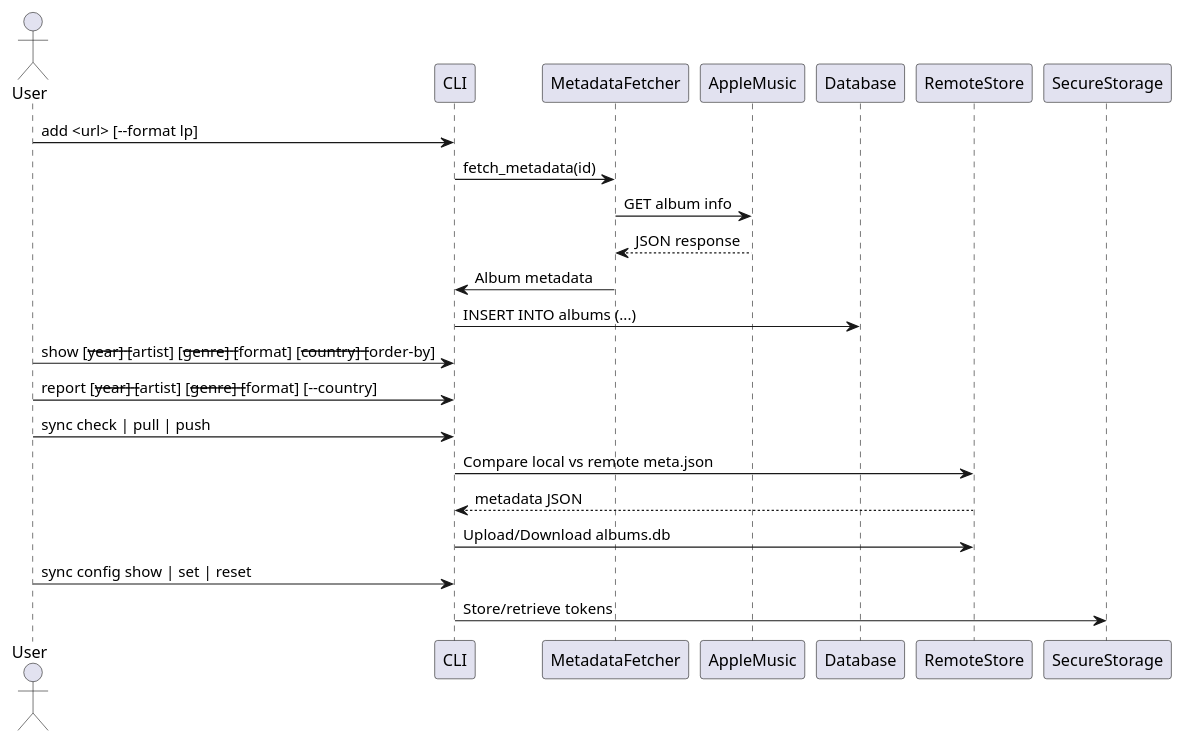
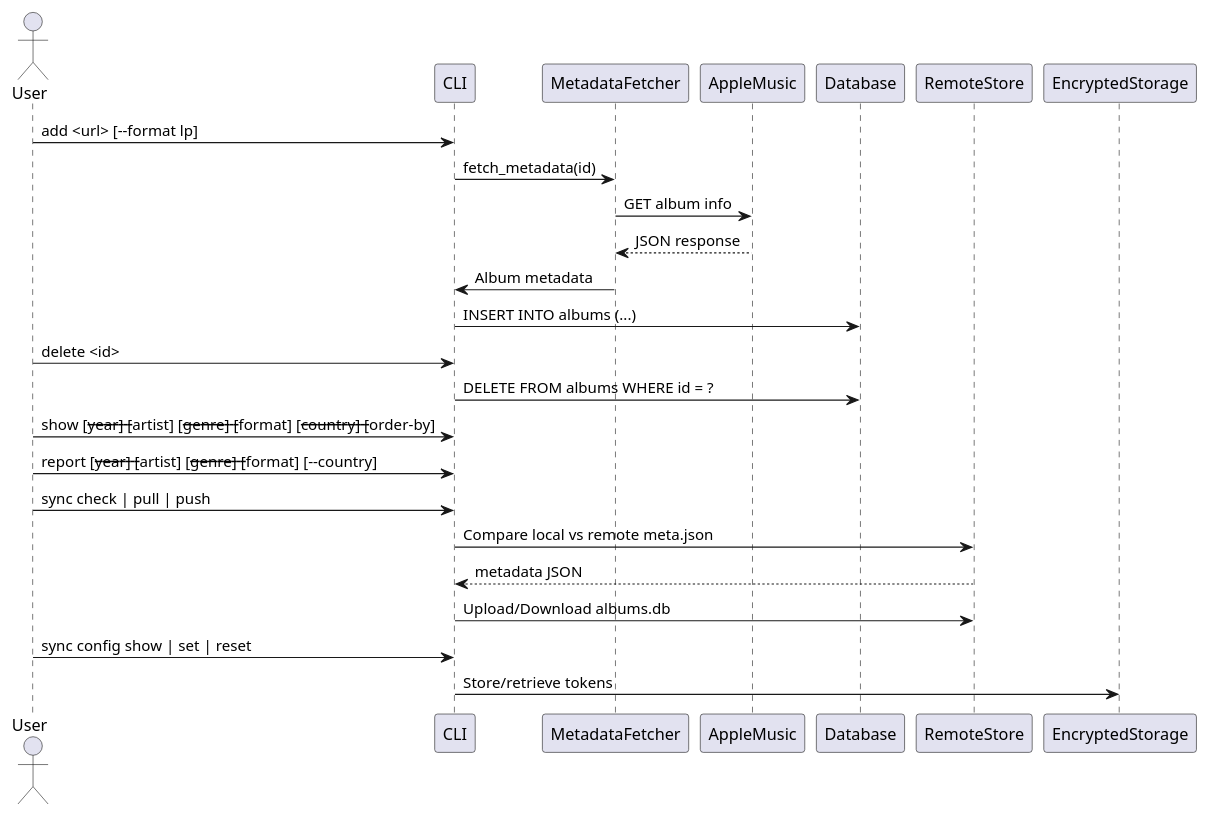
Before and after one commit to kennycha/gnedby: the diagram in gnedby-spec.adoc, drawn with PlantUML. The commit also changed other lines of this file and 1 other file, not shown here.

```diff
--- a/gnedby-spec.adoc
+++ b/gnedby-spec.adoc
@@ -38,20 +38,22 @@
 [plantuml]
 ----
 @startuml
 actor User
 User -> CLI : add <url> [--format lp]
 CLI -> MetadataFetcher : fetch_metadata(id)
 MetadataFetcher -> AppleMusic : GET album info
 AppleMusic --> MetadataFetcher : JSON response
 MetadataFetcher -> CLI : Album metadata
 CLI -> Database : INSERT INTO albums (...)
+User -> CLI : delete <id>
+CLI -> Database : DELETE FROM albums WHERE id = ?
 User -> CLI : show [--year] [--artist] [--genre] [--format] [--country] [--order-by]
 User -> CLI : report [--year] [--artist] [--genre] [--format] [--country]
 User -> CLI : sync check | pull | push
 CLI -> RemoteStore : Compare local vs remote meta.json
 RemoteStore --> CLI : metadata JSON
 CLI -> RemoteStore : Upload/Download albums.db
 User -> CLI : sync config show | set | reset
-CLI -> SecureStorage : Store/retrieve tokens
+CLI -> EncryptedStorage : Store/retrieve tokens
 @enduml
 ----
```
